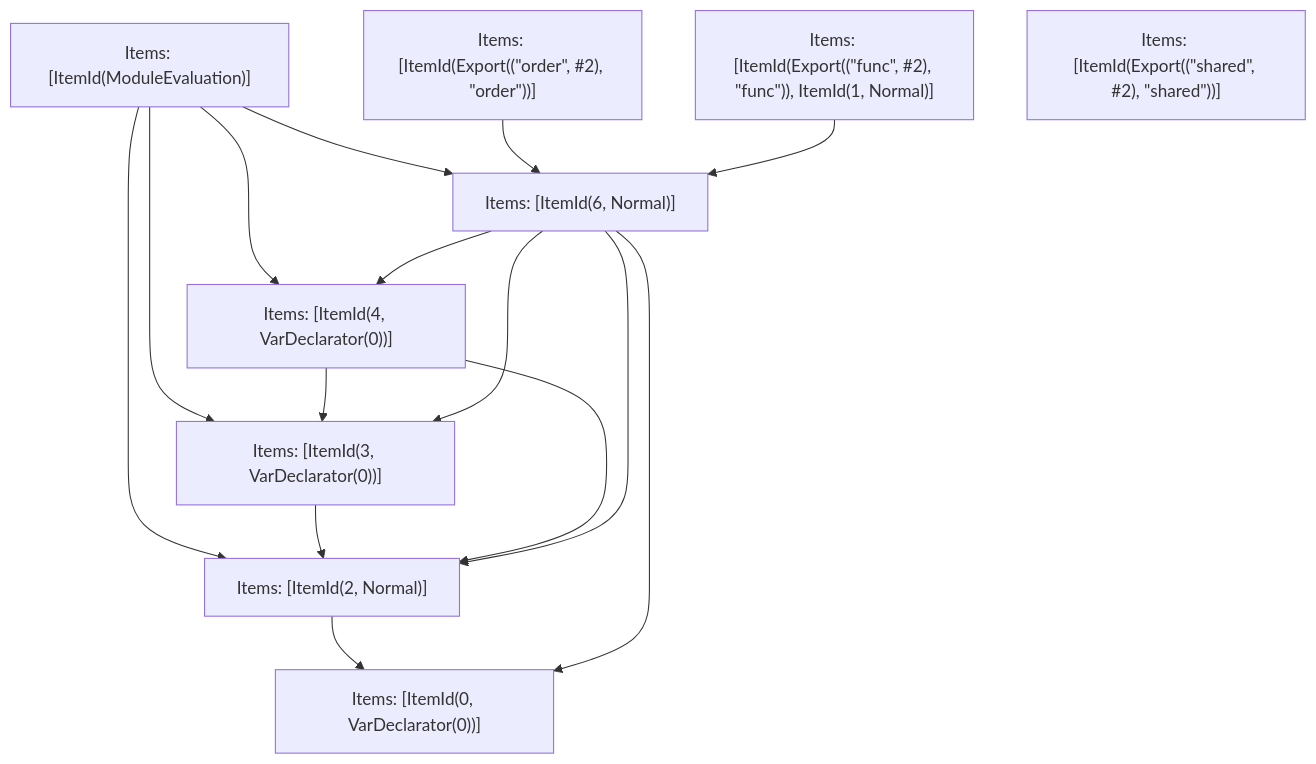
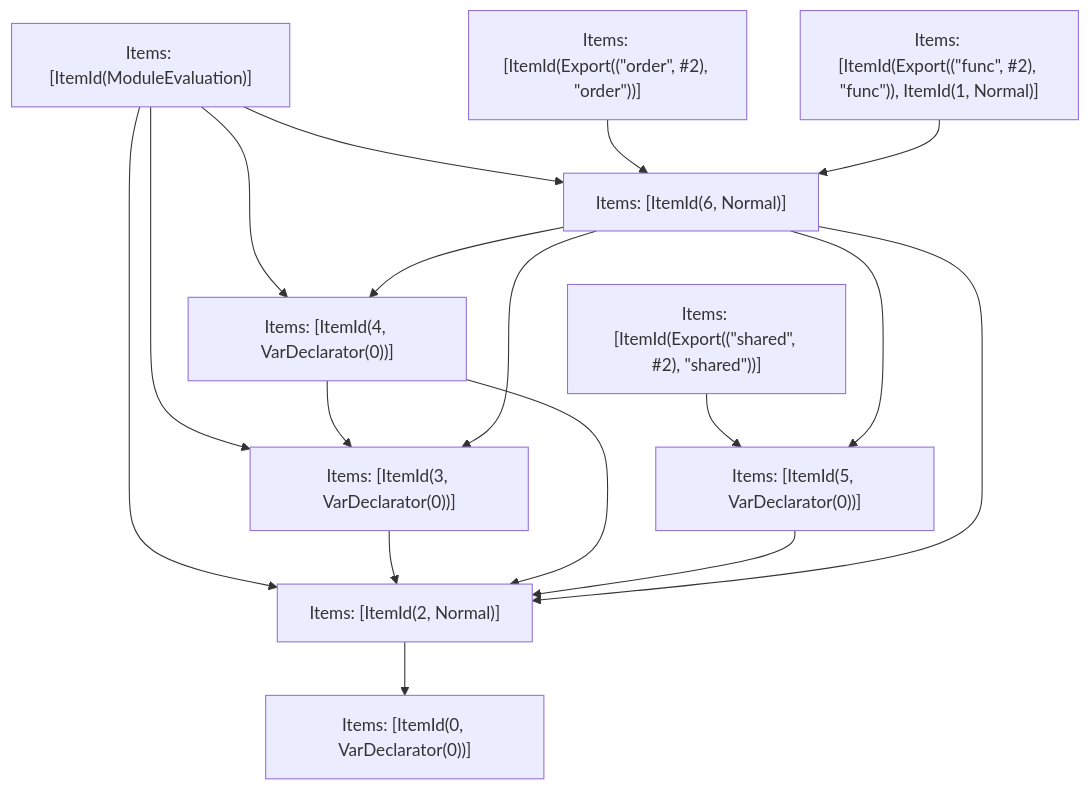
The fifth of 5 diagrams in crates/turbopack-ecmascript/tests/tree-shaker/analyzer/write-order/output.md (vercel/turborepo), drawn with Mermaid before and after one commit. The commit also changed other lines of this file and 20 other files, not shown here.

````diff
--- a/crates/turbopack-ecmascript/tests/tree-shaker/analyzer/write-order/output.md
+++ b/crates/turbopack-ecmascript/tests/tree-shaker/analyzer/write-order/output.md
@@ -214,26 +200,29 @@
 ```mermaid
 graph TD
     N0["Items: [ItemId(ModuleEvaluation)]"];
     N1["Items: [ItemId(Export((&quot;order&quot;, #2), &quot;order&quot;))]"];
     N2["Items: [ItemId(Export((&quot;func&quot;, #2), &quot;func&quot;)), ItemId(1, Normal)]"];
     N3["Items: [ItemId(Export((&quot;shared&quot;, #2), &quot;shared&quot;))]"];
     N4["Items: [ItemId(0, VarDeclarator(0))]"];
     N5["Items: [ItemId(2, Normal)]"];
     N6["Items: [ItemId(3, VarDeclarator(0))]"];
     N7["Items: [ItemId(4, VarDeclarator(0))]"];
-    N8["Items: [ItemId(6, Normal)]"];
+    N8["Items: [ItemId(5, VarDeclarator(0))]"];
+    N9["Items: [ItemId(6, Normal)]"];
     N0 --> N5;
     N0 --> N6;
     N0 --> N7;
-    N0 --> N8;
-    N1 --> N8;
-    N2 --> N8;
+    N0 --> N9;
+    N1 --> N9;
+    N2 --> N9;
+    N3 --> N8;
     N5 --> N4;
     N6 --> N5;
     N7 --> N5;
     N7 --> N6;
-    N8 --> N4;
     N8 --> N5;
-    N8 --> N6;
-    N8 --> N7;
+    N9 --> N8;
+    N9 --> N5;
+    N9 --> N6;
+    N9 --> N7;
 ```
````
